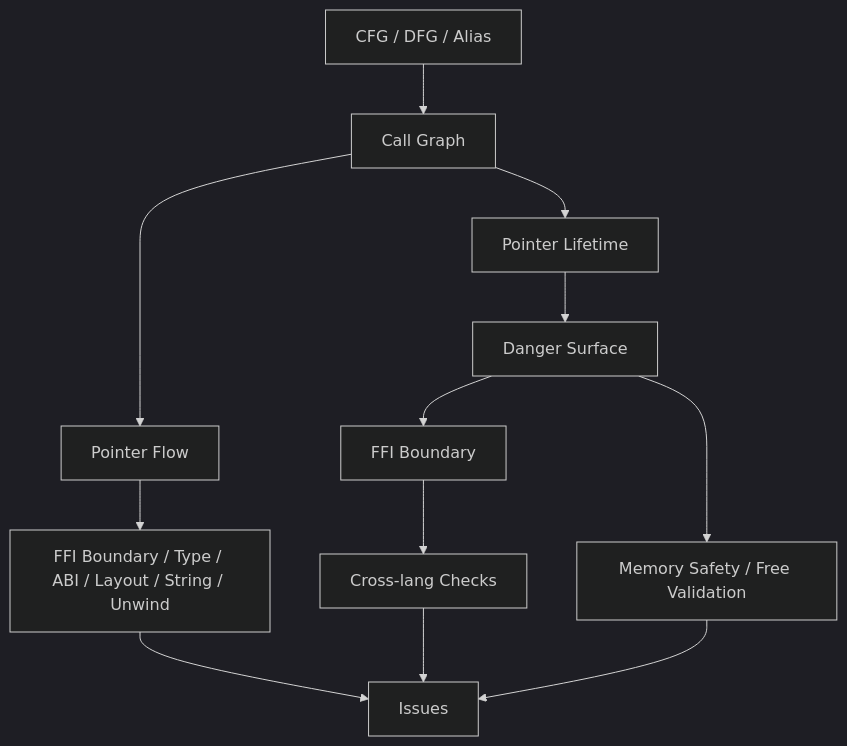
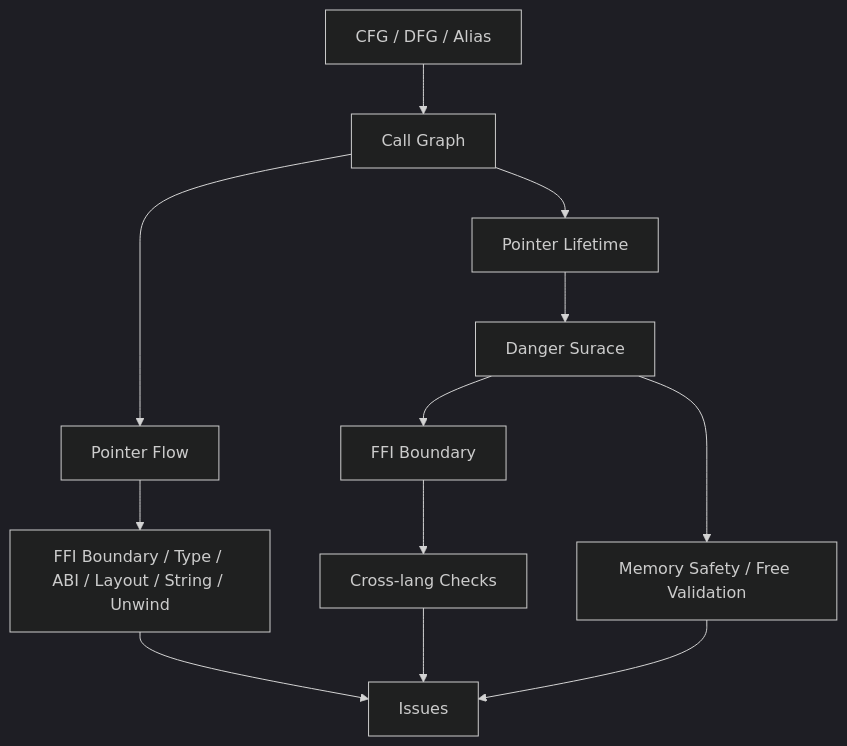
The third of 3 diagrams in README.md (Timwood0x10/OmniScope), drawn with Mermaid (dark theme) before and after one commit. The commit also changed 31 other files, not shown here.

````diff
--- a/README.md
+++ b/README.md
@@ -65,14 +65,14 @@
 ```mermaid
 flowchart TD
     Base[CFG / DFG / Alias] --> Calls[Call Graph]
     Calls --> Flow[Pointer Flow]
     Calls --> Lifetime[Pointer Lifetime]
     Flow --> FFI[FFI Boundary / Type / ABI / Layout / String / Unwind]
-    Lifetime --> Danger[Danger Surface]
+    Lifetime --> Danger[Danger Surace]
     Danger --> Boundary[FFI Boundary]
     Boundary --> Ownership[Cross-lang Checks]
     Danger --> Safety[Memory Safety / Free Validation]
     Safety --> Issues[Issues]
     FFI --> Issues
     Ownership --> Issues
 ```
````
